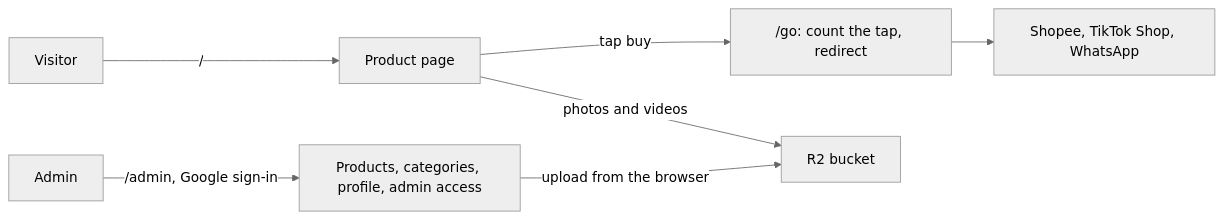
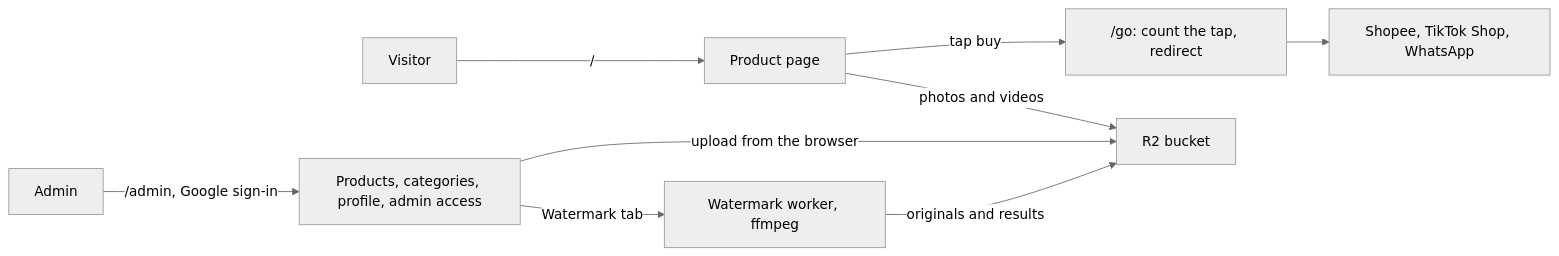
Before and after one commit to amirulhakiim/pqacam: the second of 2 diagrams in README.md, drawn with Mermaid (neutral theme). The commit also changed other lines of this file and 5 other files, not shown here.

````diff
--- a/README.md
+++ b/README.md
@@ -47,9 +47,11 @@
 ```mermaid
 flowchart LR
     V["Visitor"] -->|"/"| P["Product page"]
     P -->|"tap buy"| G["/go: count the tap, redirect"]
     G --> S["Shopee, TikTok Shop, WhatsApp"]
     A["Admin"] -->|"/admin, Google sign-in"| M["Products, categories, profile, admin access"]
     M -->|"upload from the browser"| R["R2 bucket"]
+    M -->|"Watermark tab"| W["Watermark worker, ffmpeg"]
+    W -->|"originals and results"| R
     P -->|"photos and videos"| R
 ```
````
